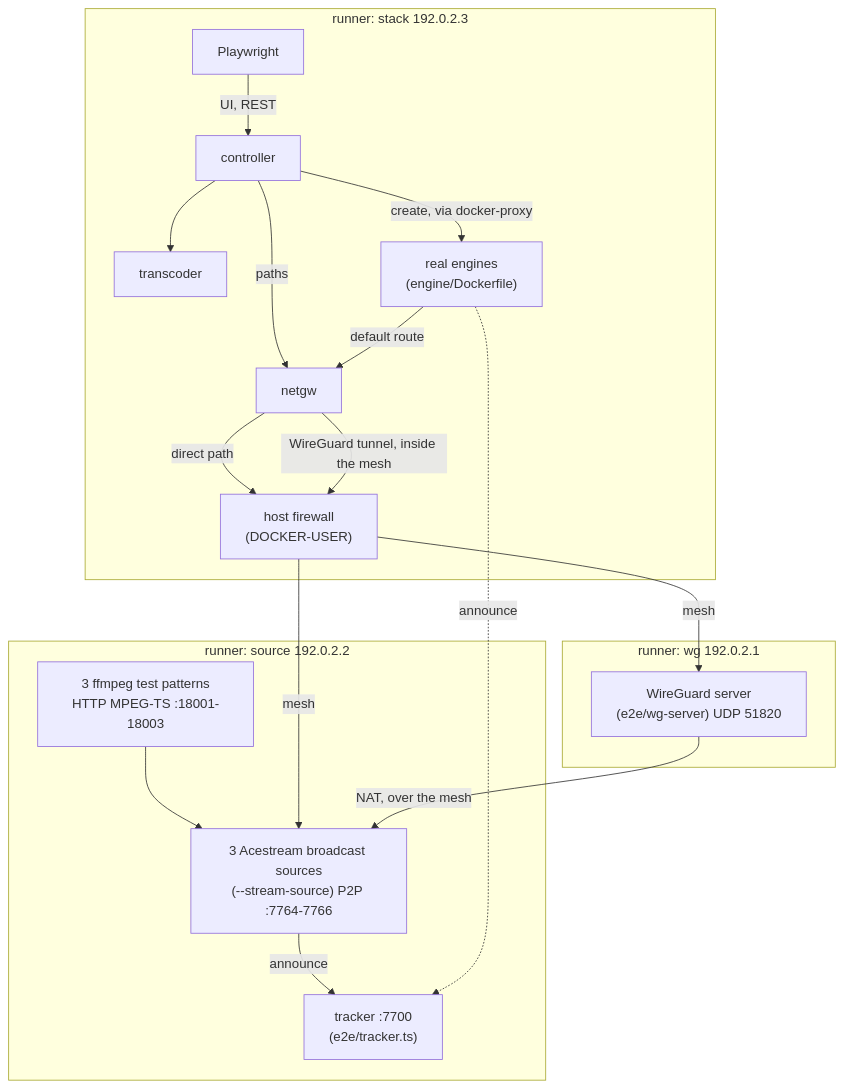
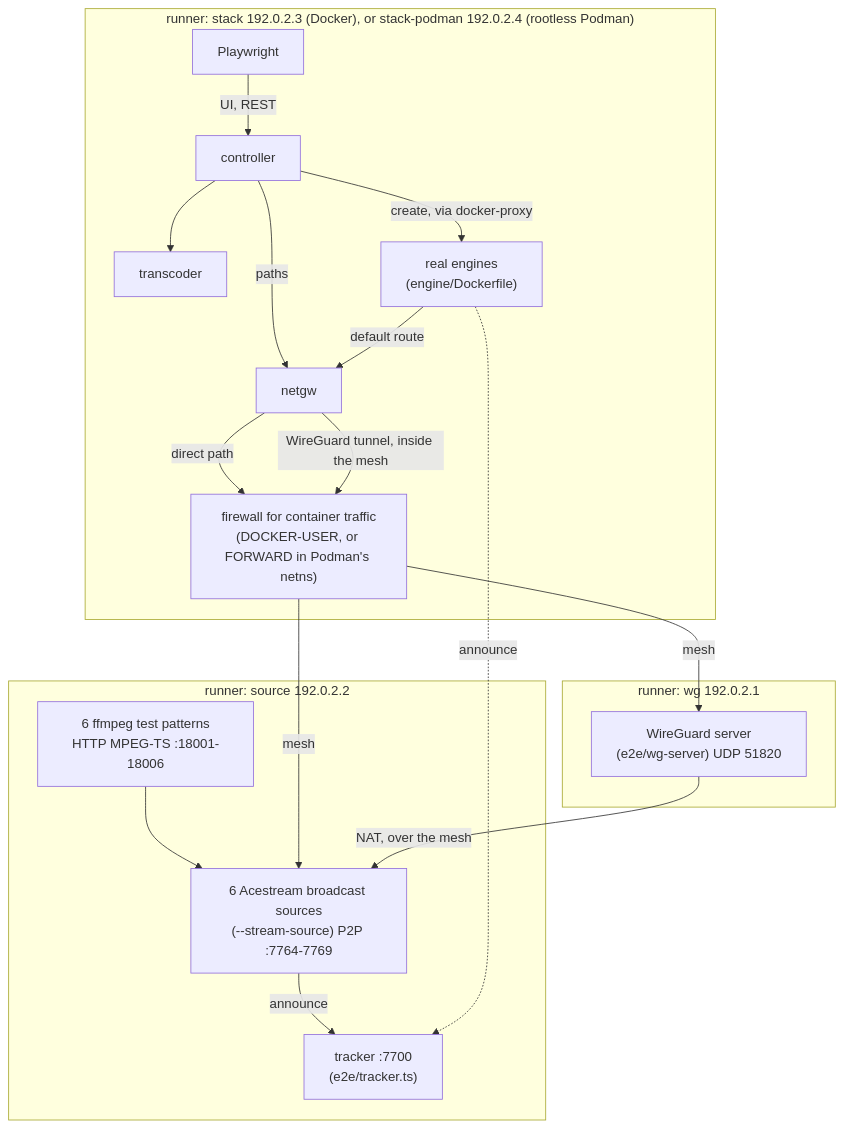
One commit to sergimn/AceSwarm changed the first of 11 diagrams in e2e/README.md. Above: the diagram before and after it, drawn with Mermaid. The commit also changed other lines of this file and 11 other files, not shown here.

````diff
--- a/e2e/README.md
+++ b/e2e/README.md
@@ -16,24 +18,24 @@
 ```mermaid
 flowchart TB
-  subgraph stack["runner: stack 192.0.2.3"]
+  subgraph stack["runner: stack 192.0.2.3 (Docker), or stack-podman 192.0.2.4 (rootless Podman)"]
     PW[Playwright] -- UI, REST --> C[controller]
     C --> T[transcoder]
     C -- paths --> G[netgw]
     C -- "create, via docker-proxy" --> E["real engines<br/>(engine/Dockerfile)"]
     E -- default route --> G
-    FW["host firewall<br/>(DOCKER-USER)"]
+    FW["firewall for container traffic<br/>(DOCKER-USER, or FORWARD in Podman's netns)"]
   end
   subgraph wg["runner: wg 192.0.2.1"]
     V["WireGuard server<br/>(e2e/wg-server) UDP 51820"]
   end
   subgraph source["runner: source 192.0.2.2"]
-    F["3 ffmpeg test patterns<br/>HTTP MPEG-TS :18001-18003"] --> S["3 Acestream broadcast sources<br/>(--stream-source) P2P :7764-7766"]
+    F["6 ffmpeg test patterns<br/>HTTP MPEG-TS :18001-18006"] --> S["6 Acestream broadcast sources<br/>(--stream-source) P2P :7764-7769"]
     S -- announce --> K["tracker :7700<br/>(e2e/tracker.ts)"]
   end
   G -- "direct path" --> FW
   FW -- "mesh" --> S
   G -- "WireGuard tunnel, inside the mesh" --> FW
   FW -- "mesh" --> V
   V -- "NAT, over the mesh" --> S
   E -. announce .-> K
 ```
````
